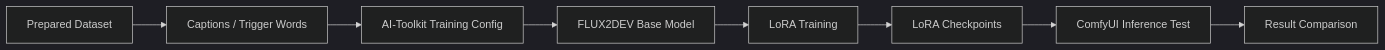
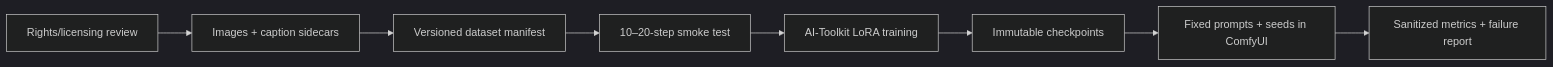
One commit to DenisGeide/flux2dev-lora-pipeline-showcase changed the diagram in docs/05-lora-training.md. Above: the diagram before and after it, drawn with Mermaid (dark theme). The commit also changed other lines of this file and 51 other files, not shown here.

````diff
--- a/docs/05-lora-training.md
+++ b/docs/05-lora-training.md
@@ -53,10 +54,10 @@
 ```mermaid
 flowchart LR
-    Dataset["Prepared Dataset"] --> Captions["Captions / Trigger Words"]
-    Captions --> Config["AI-Toolkit Training Config"]
-    Config --> Base["FLUX2DEV Base Model"]
-    Base --> Train["LoRA Training"]
-    Train --> Checkpoints["LoRA Checkpoints"]
-    Checkpoints --> Test["ComfyUI Inference Test"]
-    Test --> Results["Result Comparison"]
+    Rights["Rights/licensing review"] --> Data["Images + caption sidecars"]
+    Data --> Manifest["Versioned dataset manifest"]
+    Manifest --> Smoke["10–20-step smoke test"]
+    Smoke --> Train["AI-Toolkit LoRA training"]
+    Train --> Checkpoints["Immutable checkpoints"]
+    Checkpoints --> Evaluate["Fixed prompts + seeds in ComfyUI"]
+    Evaluate --> Report["Sanitized metrics + failure report"]
 ```
````
